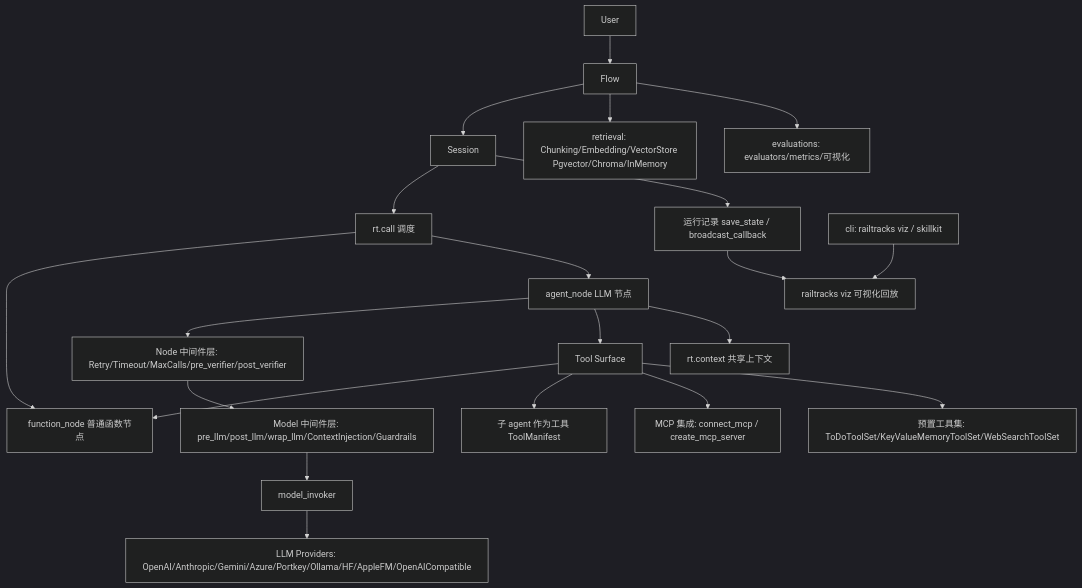
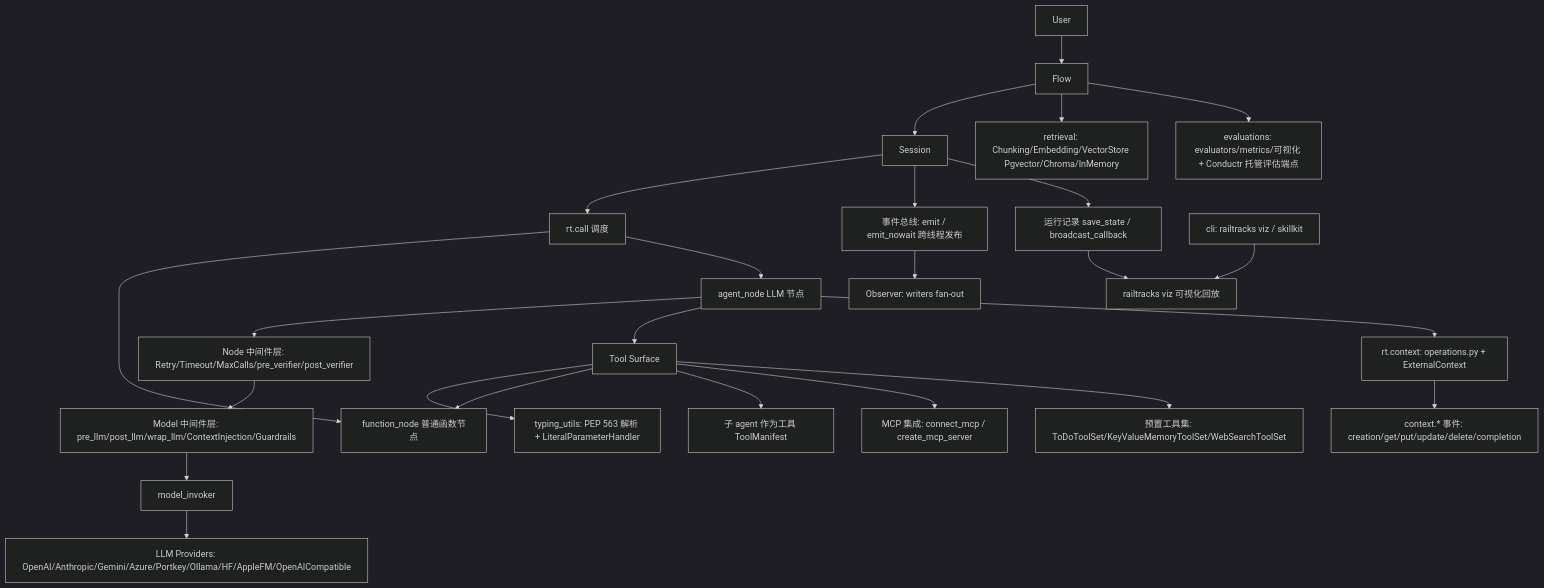
Before and after one commit to czm233/gitwire-vault: the diagram in RailtownAI-railtracks/architecture.md, drawn with Mermaid (dark theme). The commit also changed other lines of this file and 10 other files, not shown here.

````diff
--- a/RailtownAI-railtracks/architecture.md
+++ b/RailtownAI-railtracks/architecture.md
@@ -5,23 +5,27 @@
 ```mermaid
 flowchart TD
     User --> Flow
     Flow --> Session
     Session --> NodeCall[rt.call 调度]
     NodeCall --> FunctionNode[function_node 普通函数节点]
     NodeCall --> AgentNode[agent_node LLM 节点]
     AgentNode --> NodeMW[Node 中间件层: Retry/Timeout/MaxCalls/pre_verifier/post_verifier]
     NodeMW --> ModelMW[Model 中间件层: pre_llm/post_llm/wrap_llm/ContextInjection/Guardrails]
     ModelMW --> ModelInvoker[model_invoker]
     ModelInvoker --> Providers[LLM Providers: OpenAI/Anthropic/Gemini/Azure/Portkey/Ollama/HF/AppleFM/OpenAICompatible]
     AgentNode --> Tools[Tool Surface]
+    Tools --> TypeResolve[typing_utils: PEP 563 解析 + LiteralParameterHandler]
     Tools --> FunctionNode
     Tools --> SubAgent[子 agent 作为工具 ToolManifest]
     Tools --> MCP[MCP 集成: connect_mcp / create_mcp_server]
     Tools --> Prebuilt[预置工具集: ToDoToolSet/KeyValueMemoryToolSet/WebSearchToolSet]
-    AgentNode --> Context[rt.context 共享上下文]
+    AgentNode --> Context[rt.context: operations.py + ExternalContext]
+    Context --> CtxEvents[context.* 事件: creation/get/put/update/delete/completion]
+    Session --> EventBus[事件总线: emit / emit_nowait 跨线程发布]
+    EventBus --> Observer[Observer: writers fan-out]
     Session --> Record[运行记录 save_state / broadcast_callback]
     Record --> Viz[railtracks viz 可视化回放]
     Flow --> Retrieval[retrieval: Chunking/Embedding/VectorStore Pgvector/Chroma/InMemory]
-    Flow --> Evaluations[evaluations: evaluators/metrics/可视化]
+    Flow --> Evaluations[evaluations: evaluators/metrics/可视化 + Conductr 托管评估端点]
     CLI[cli: railtracks viz / skillkit] --> Viz
 ```
````
